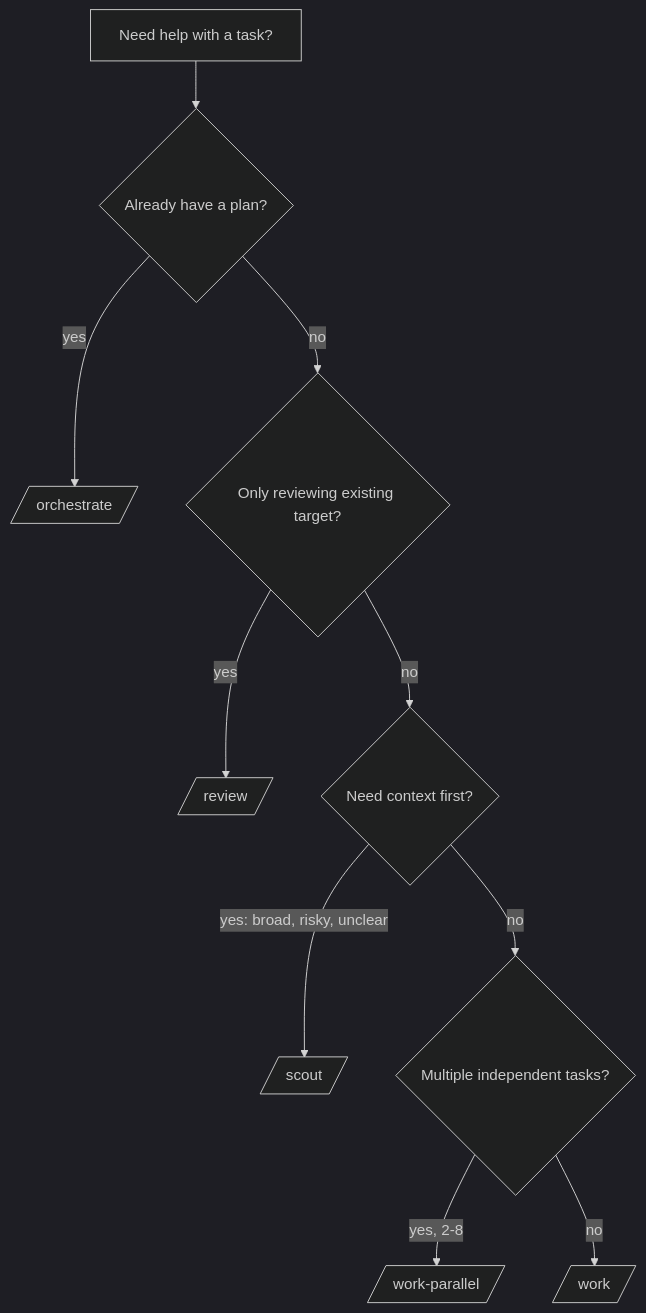
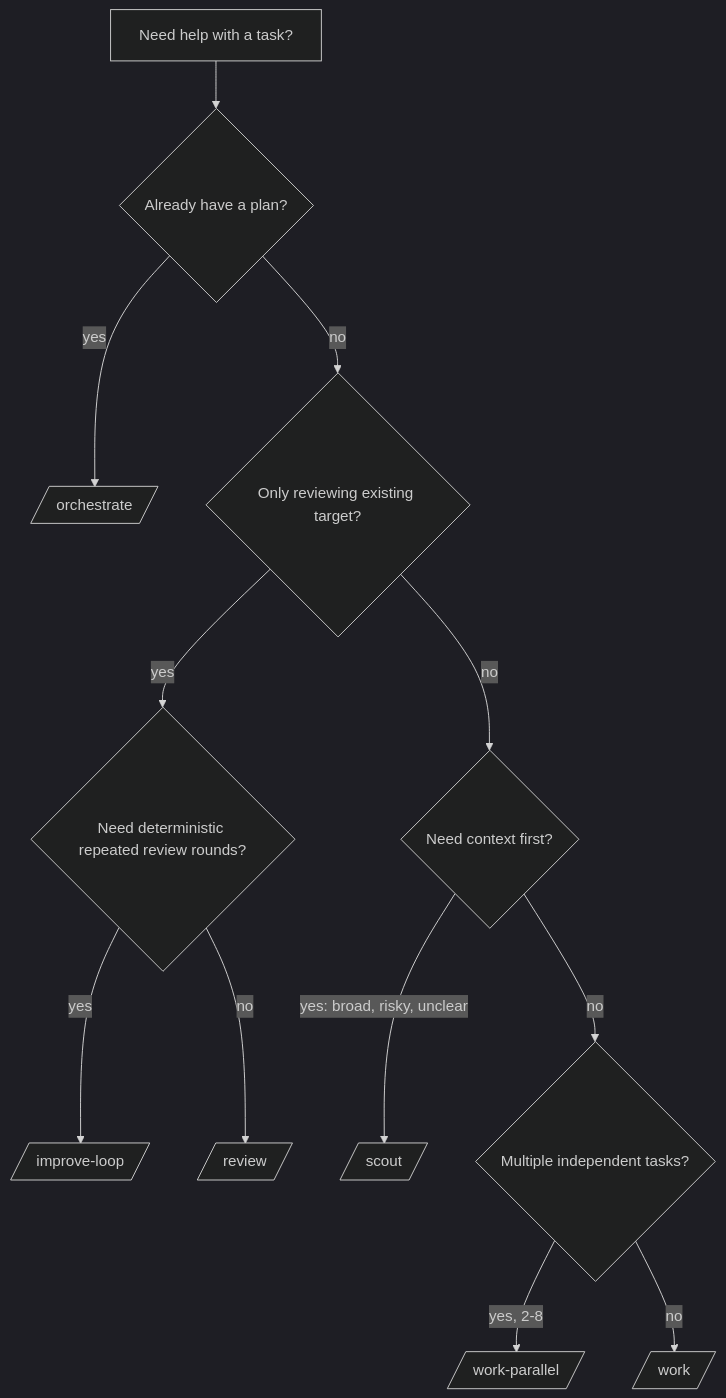
Before and after one commit to SkipXS/pi-simple-subagents: the second of 4 diagrams in README.md, drawn with Mermaid (dark theme). The commit also changed other lines of this file and 6 other files, not shown here.

````diff
--- a/README.md
+++ b/README.md
@@ -114,12 +120,14 @@
 ```mermaid
 flowchart TD
   A[Need help with a task?] --> B{Already have a plan?}
   B -->|yes| O[/orchestrate/]
   B -->|no| C{Only reviewing existing target?}
-  C -->|yes| R[/review/]
+  C -->|yes| L{Need deterministic repeated review rounds?}
+  L -->|yes| I[/improve-loop/]
+  L -->|no| R[/review/]
   C -->|no| D{Need context first?}
   D -->|yes: broad, risky, unclear| S[/scout/]
   D -->|no| E{Multiple independent tasks?}
   E -->|yes, 2-8| P[/work-parallel/]
   E -->|no| W[/work/]
 ```
````
